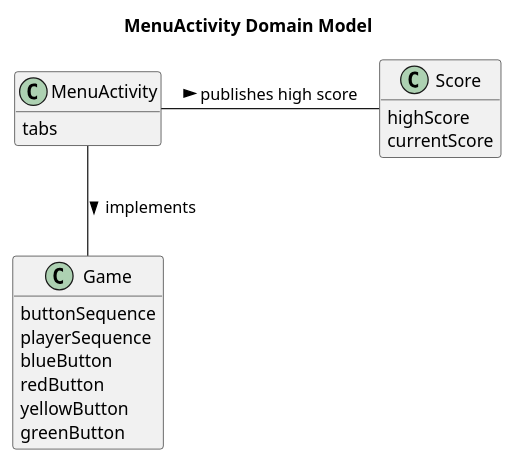
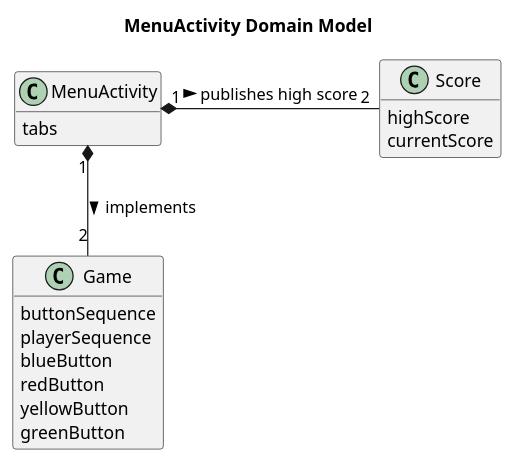
The diagram in app/UML/domainmodel.puml (will72/comp_3710_termproject), drawn with PlantUML before and after one commit. The commit also changed 2 other files, not shown here.

Commit message:
use case diagram added

```diff
--- a/app/UML/domainmodel.puml
+++ b/app/UML/domainmodel.puml
@@ -1,30 +1,30 @@
 @startuml
 
 title MenuActivity Domain Model
 class MenuActivity {
 tabs
 }
 class Score{
 highScore
 currentScore
 }
 
 class Game {
 buttonSequence
 playerSequence
 blueButton
 redButton
 yellowButton
 greenButton
 }
 
-MenuActivity - Score: publishes high score >
+MenuActivity "1" *- "2" Score: publishes high score >
 
-MenuActivity -- Game: implements >
+MenuActivity "1" *-- "2" Game: implements >
 
 
 
 hide empty members
 hide methods
 
 @enduml
```
